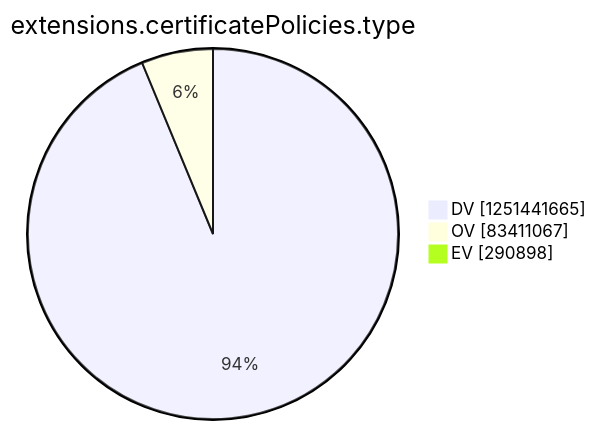
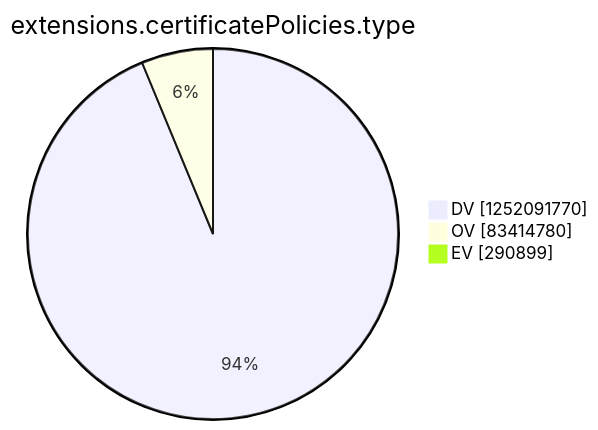
One commit to christiankrug/ctmonitor_visualization changed the tenth of 15 diagrams in argon2022/README.md. Above: the diagram before and after it, drawn with Mermaid. The commit also changed other lines of this file, not shown here.

````diff
--- a/argon2022/README.md
+++ b/argon2022/README.md
@@ -2771,7 +2771,7 @@
 ```mermaid
 pie showData
 title extensions.certificatePolicies.type
-"DV" :1251441665
-"OV" :83411067
-"EV" :290898
+"DV" :1252091770
+"OV" :83414780
+"EV" :290899
 ```
````
